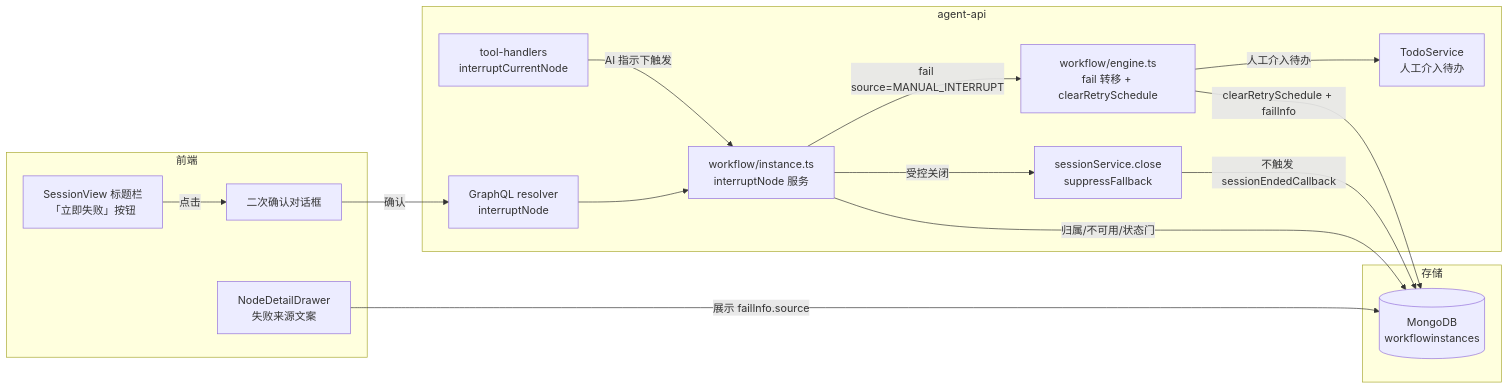
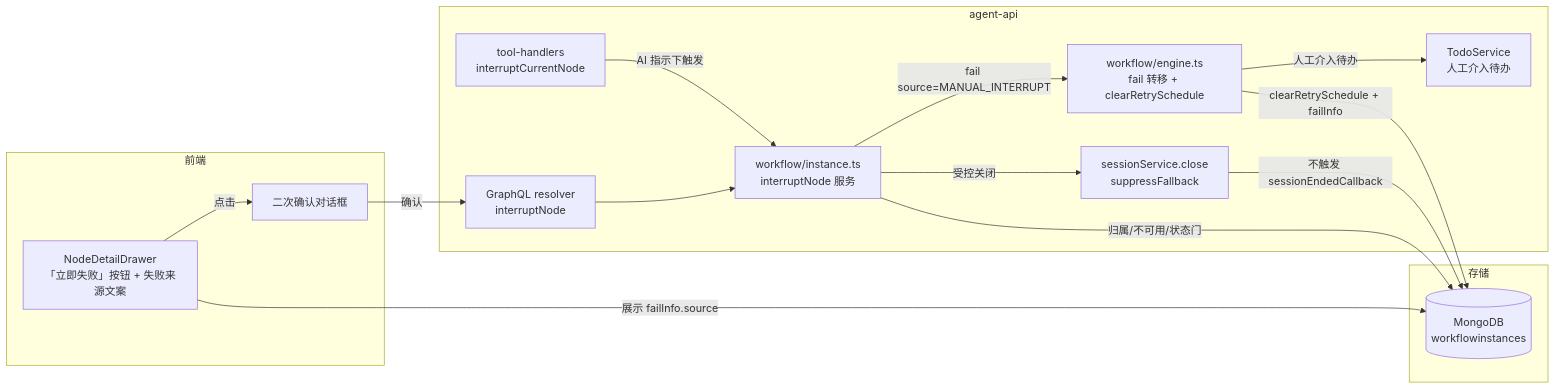
The first of 2 diagrams in docs/engineering/proposals/20261116-feat-workflow-interrupt.md (Deliay/z-agent-gear), drawn with Mermaid before and after one commit. The commit also changed other lines of this file and 1 other file, not shown here.

````diff
--- a/docs/engineering/proposals/20261116-feat-workflow-interrupt.md
+++ b/docs/engineering/proposals/20261116-feat-workflow-interrupt.md
@@ -59,30 +60,29 @@
 ```mermaid
 flowchart LR
     subgraph 前端
-        SV[SessionView 标题栏<br/>「立即失败」按钮]
+        ND[NodeDetailDrawer<br/>「立即失败」按钮 + 失败来源文案]
         CD[二次确认对话框]
-        ND[NodeDetailDrawer<br/>失败来源文案]
     end
     subgraph agent-api
         RES[GraphQL resolver<br/>interruptNode]
         INST[workflow/instance.ts<br/>interruptNode 服务]
         ENG[workflow/engine.ts<br/>fail 转移 + clearRetrySchedule]
         SES[sessionService.close<br/>suppressFallback]
         TODO[TodoService<br/>人工介入待办]
         TH[tool-handlers<br/>interruptCurrentNode]
     end
     subgraph 存储
         DB[(MongoDB<br/>workflowinstances)]
     end
-    SV -->|点击| CD
+    ND -->|点击| CD
     CD -->|确认| RES
     RES --> INST
     INST -->|归属/不可用/状态门| DB
     INST -->|受控关闭| SES
     SES -->|不触发 sessionEndedCallback| DB
     INST -->|fail source=MANUAL_INTERRUPT| ENG
     ENG -->|clearRetrySchedule + failInfo| DB
     ENG -->|人工介入待办| TODO
     TH -->|AI 指示下触发| INST
     ND -->|展示 failInfo.source| DB
 ```
````
